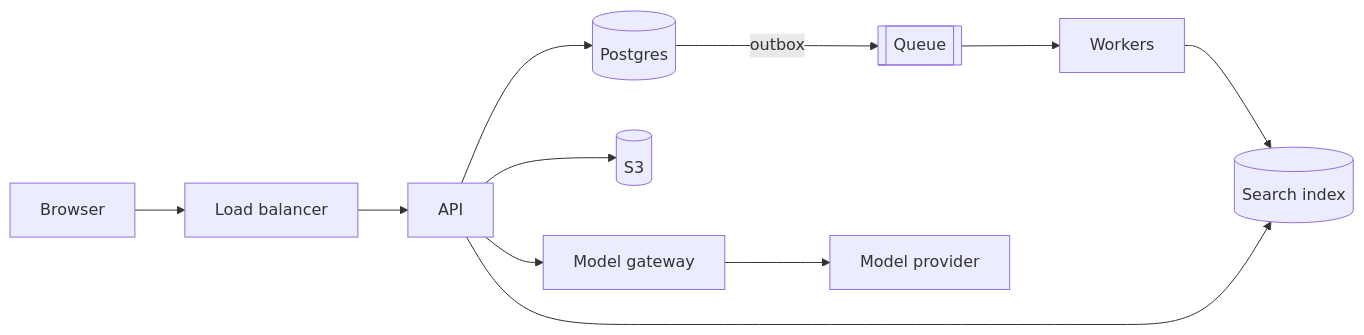
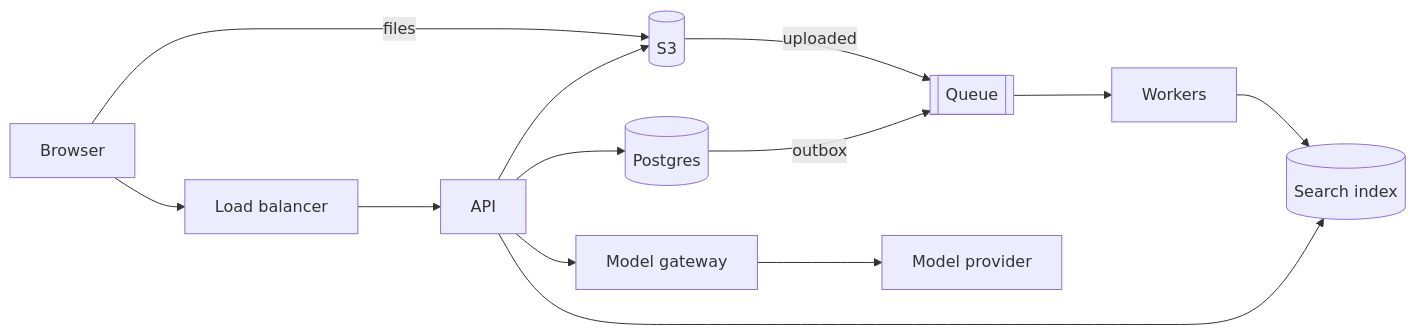
One commit to joshuafitzmorris/redline-service changed the diagram in INFRA.md. Above: the diagram before and after it, drawn with Mermaid. The commit also changed other lines of this file and 16 other files, not shown here.

````diff
--- a/INFRA.md
+++ b/INFRA.md
@@ -7,10 +7,12 @@
 ```mermaid
 flowchart LR
   UI[Browser] --> LB[Load balancer] --> API[API]
+  UI -- files --> S3[(S3)]
   API --> PG[(Postgres)]
-  API --> S3[(S3)]
-  PG -- outbox --> Q[[Queue]] --> W[Workers]
+  API --> S3
+  S3 -- uploaded --> Q[[Queue]]
+  PG -- outbox --> Q --> W[Workers]
   W --> IX[(Search index)]
   API --> IX
   API --> GW[Model gateway] --> M[Model provider]
 ```
````
